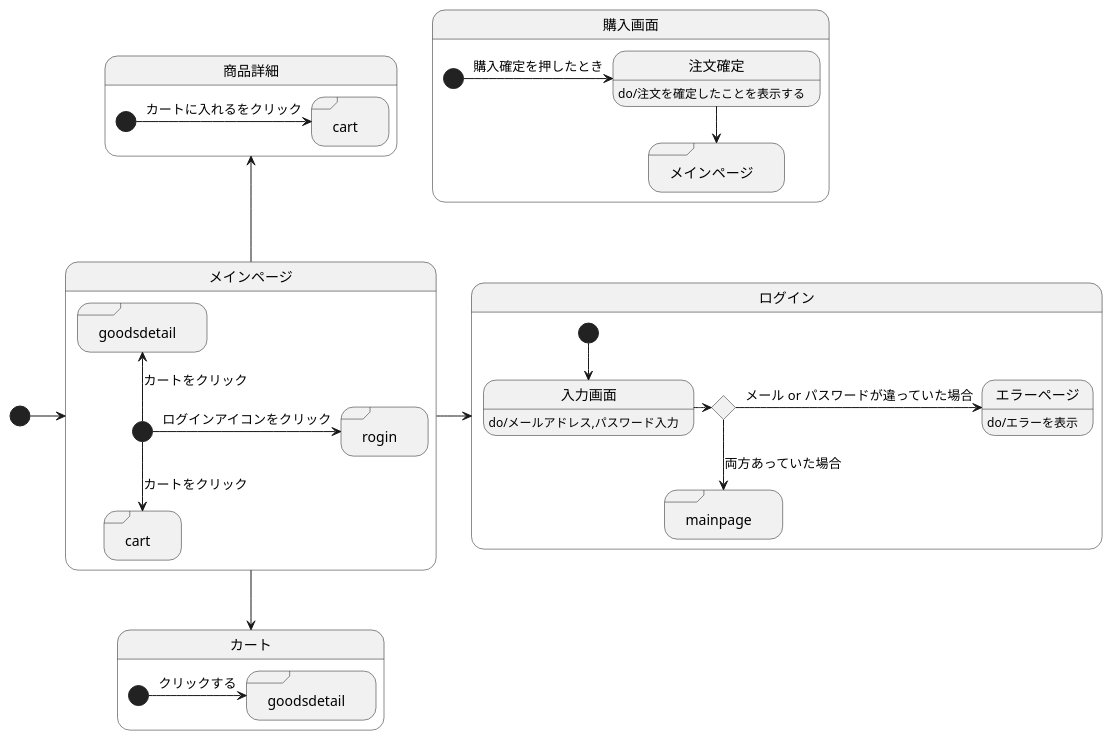
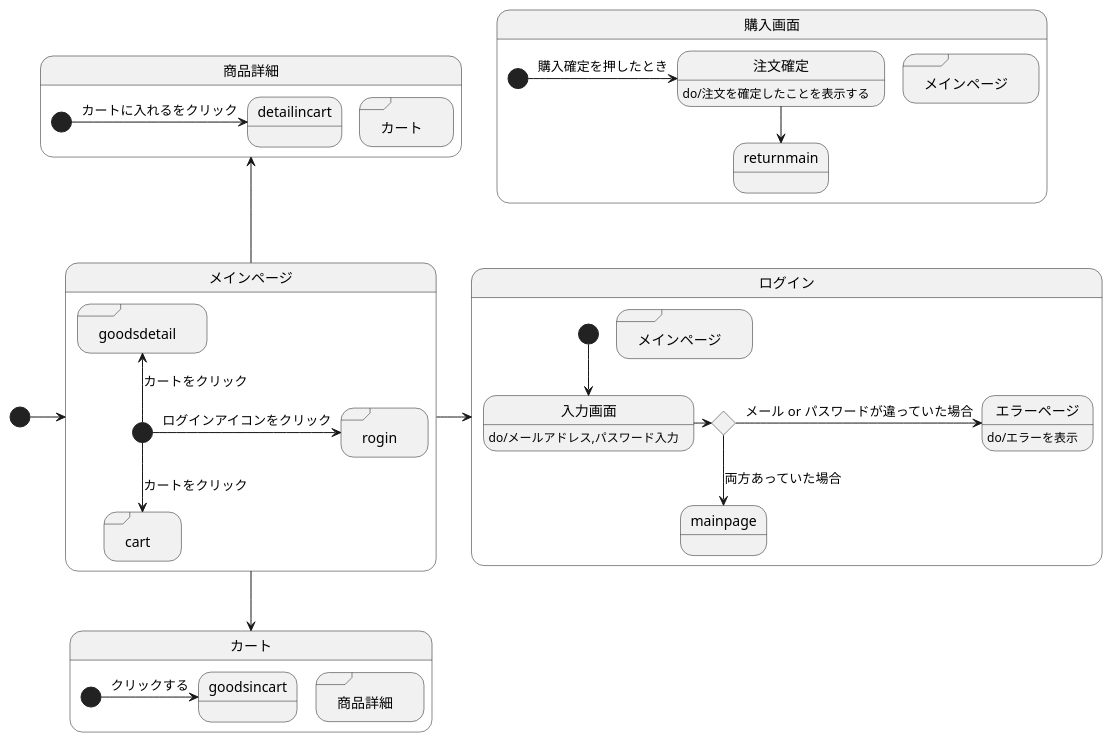
One commit to akutori/T-D-E changed the diagram in UML.md. Above: the diagram before and after it, drawn with PlantUML.

Commit message:
定義済み処理を日本語化

````diff
--- a/UML.md
+++ b/UML.md
@@ -1,51 +1,51 @@
 ```uml
 @startuml
 [*]->メインページ
 メインページ->ログイン
 メインページ-->カート
 メインページ-up->商品詳細
 
 state メインページ{
 state "rogin" <<sdlreceive>>
 state "cart" <<sdlreceive>>
 state "goodsdetail" <<sdlreceive>>
     [*]-> rogin :ログインアイコンをクリック
     [*]--> cart :カートをクリック
     [*]-up-> goodsdetail :カートをクリック
 }
 
 state ログイン{
 state input <<choice>>
-state "mainpage"<<sdlreceive>>
+state "メインページ" as mainpageinrogin<<sdlreceive>>
 
 入力画面:do/メールアドレス,パスワード入力
 エラーページ:do/エラーを表示
     [*]--> 入力画面
     入力画面->input
     input->エラーページ:メール or パスワードが違っていた場合
     input-->mainpage : 両方あっていた場合
 
 }
 
 state 購入画面{
-state "メインページ" as returnmain<<sdlreceive>>
+state "メインページ" as mainpageingoodsdetail<<sdlreceive>>
 注文確定:do/注文を確定したことを表示する
     [*]->注文確定 :購入確定を押したとき
     注文確定-->returnmain
 }
 
 
 state カート{
-state "goodsdetail" as goodsincart <<sdlreceive>>
+state "商品詳細" as goodsdetailincart <<sdlreceive>>
 
     [*]->goodsincart :クリックする
 }
 
 state 商品詳細{
-state "cart" as detailincart <<sdlreceive>>
+state "カート" as cartingoodsdetail <<sdlreceive>>
 
     [*]->detailincart :カートに入れるをクリック
 }
 
 @enduml
 ```
````
